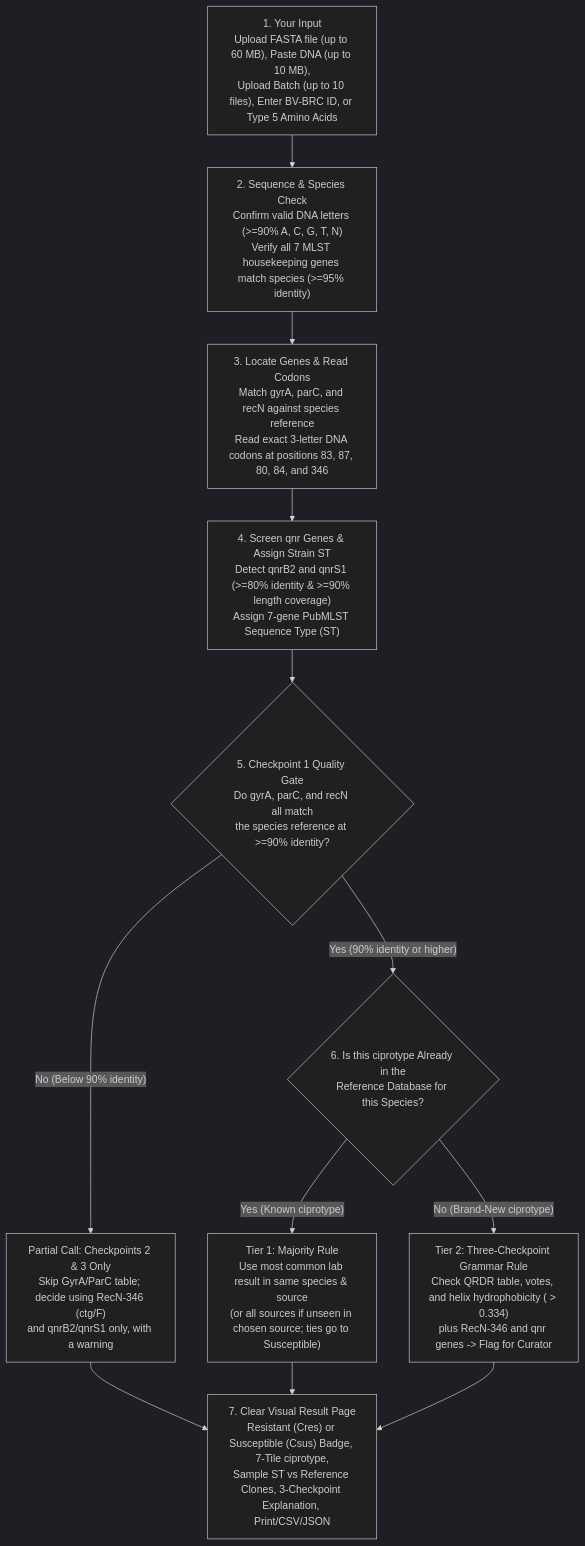
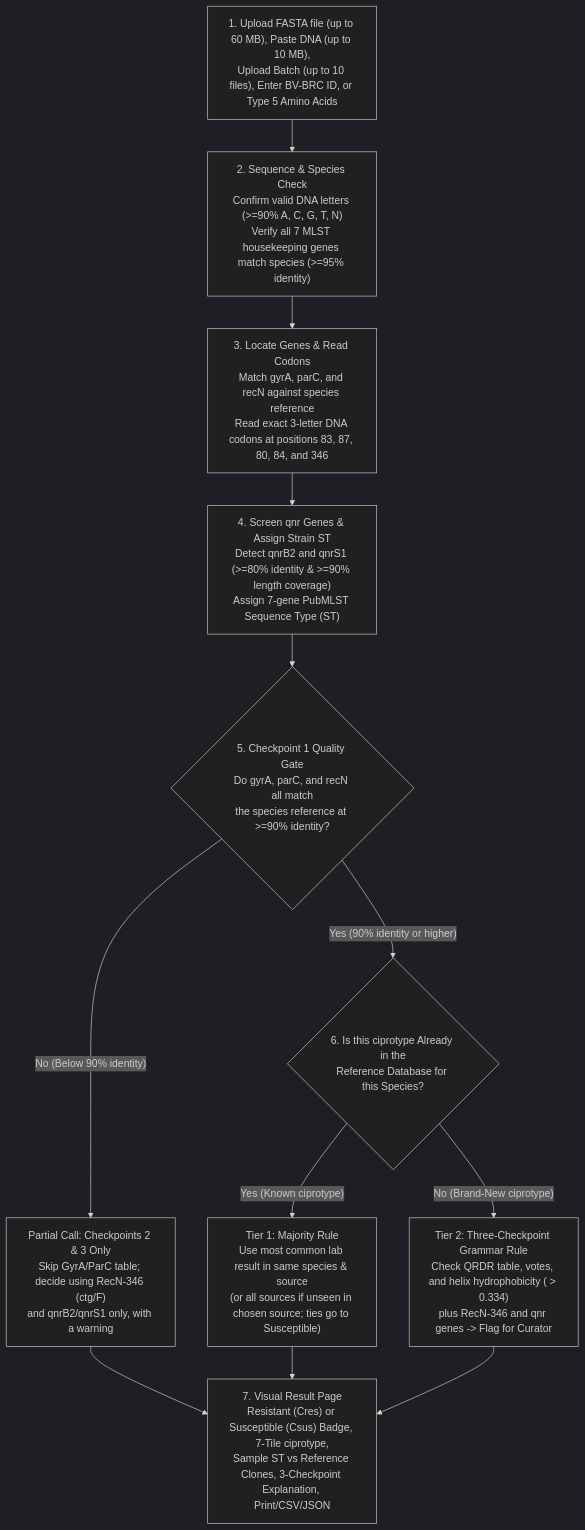
Before and after one commit to ikbalsk/Septatyper: the first of 3 diagrams in readme.md, drawn with Mermaid (dark theme). The commit also changed other lines of this file, not shown here.

````diff
--- a/readme.md
+++ b/readme.md
@@ -82,14 +82,14 @@
 ```mermaid
 flowchart TD
-    A["1. Your Input<br/>Upload FASTA file (up to 60 MB), Paste DNA (up to 10 MB),<br/>Upload Batch (up to 10 files), Enter BV-BRC ID, or Type 5 Amino Acids"] --> B["2. Sequence & Species Check<br/>Confirm valid DNA letters (>=90% A, C, G, T, N)<br/>Verify all 7 MLST housekeeping genes match species (>=95% identity)"]
+    A["1. Upload FASTA file (up to 60 MB), Paste DNA (up to 10 MB),<br/>Upload Batch (up to 10 files), Enter BV-BRC ID, or Type 5 Amino Acids"] --> B["2. Sequence & Species Check<br/>Confirm valid DNA letters (>=90% A, C, G, T, N)<br/>Verify all 7 MLST housekeeping genes match species (>=95% identity)"]
     B --> C["3. Locate Genes & Read Codons<br/>Match gyrA, parC, and recN against species reference<br/>Read exact 3-letter DNA codons at positions 83, 87, 80, 84, and 346"]
     C --> D["4. Screen qnr Genes & Assign Strain ST<br/>Detect qnrB2 and qnrS1 (>=80% identity & >=90% length coverage)<br/>Assign 7-gene PubMLST Sequence Type (ST)"]
     D --> E{"5. Checkpoint 1 Quality Gate<br/>Do gyrA, parC, and recN all match<br/>the species reference at >=90% identity?"}
     E -- "No (Below 90% identity)" --> F["Partial Call: Checkpoints 2 & 3 Only<br/>Skip GyrA/ParC table; decide using RecN-346 (ctg/F)<br/>and qnrB2/qnrS1 only, with a warning"]
     E -- "Yes (90% identity or higher)" --> G{"6. Is this ciprotype Already in the<br/>Reference Database for this Species?"}
     G -- "Yes (Known ciprotype)" --> H["Tier 1: Majority Rule<br/>Use most common lab result in same species & source<br/>(or all sources if unseen in chosen source; ties go to Susceptible)"]
     G -- "No (Brand-New ciprotype)" --> I["Tier 2: Three-Checkpoint Grammar Rule<br/>Check QRDR table, votes, and helix hydrophobicity (<H> > 0.334)<br/>plus RecN-346 and qnr genes -> Flag for Curator"]
-    F --> J["7. Clear Visual Result Page<br/>Resistant (Cres) or Susceptible (Csus) Badge, 7-Tile ciprotype,<br/>Sample ST vs Reference Clones, 3-Checkpoint Explanation, Print/CSV/JSON"]
+    F --> J["7. Visual Result Page<br/>Resistant (Cres) or Susceptible (Csus) Badge, 7-Tile ciprotype,<br/>Sample ST vs Reference Clones, 3-Checkpoint Explanation, Print/CSV/JSON"]
     H --> J
     I --> J
 ```
````
